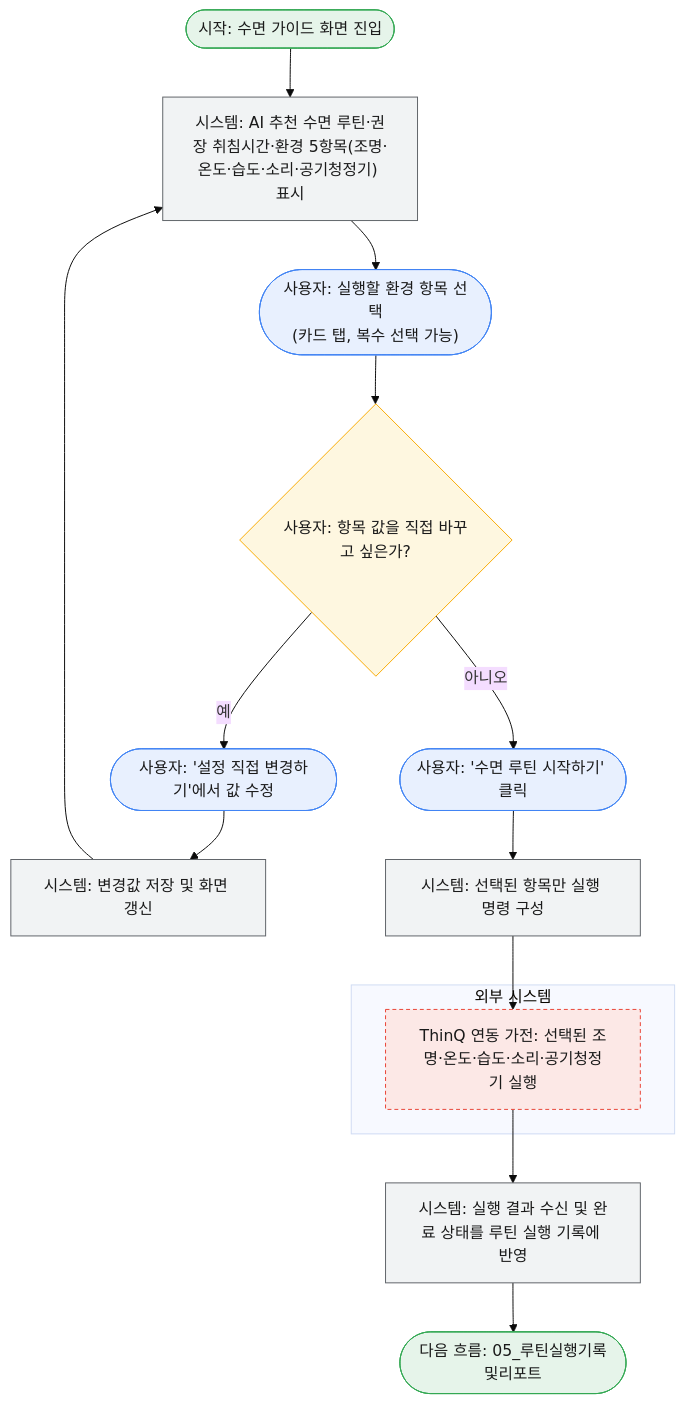
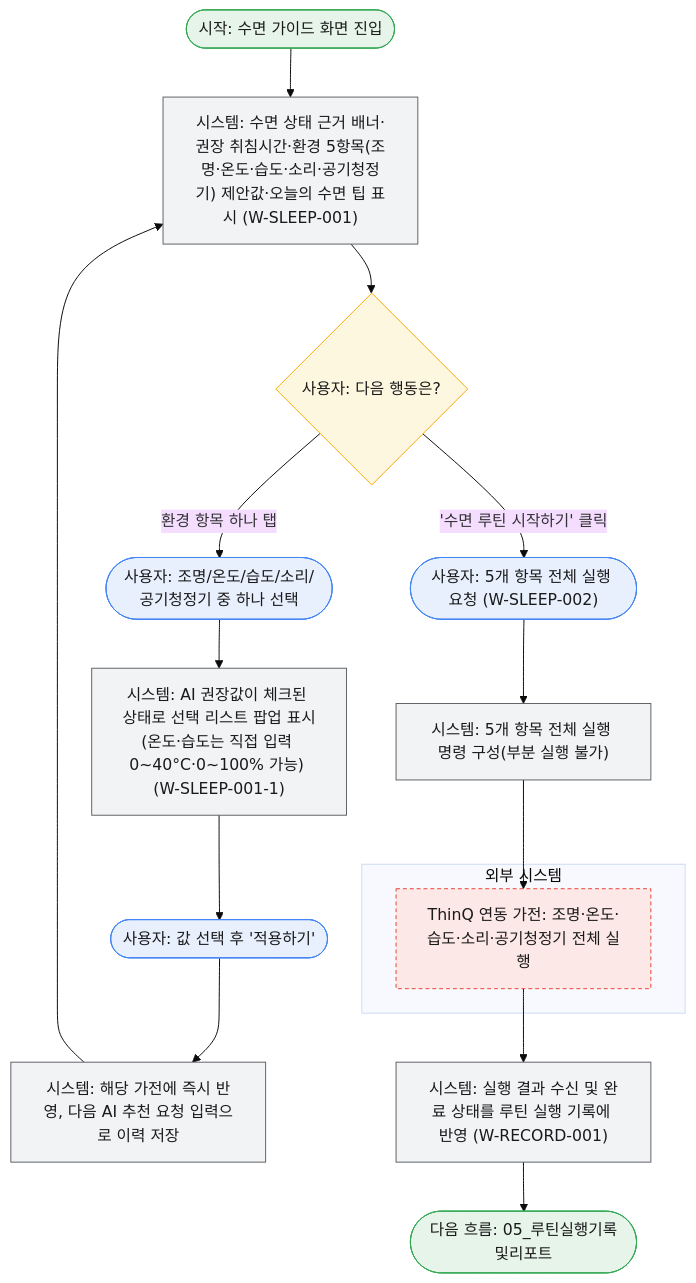
The diagram in docs/서비스흐름도/07_수면가이드흐름.mmd (lgdxDORAEMI/PLM), drawn with Mermaid (base theme) before and after one commit. The commit also changed 11 other files, not shown here.

```diff
--- a/docs/서비스흐름도/07_수면가이드흐름.mmd
+++ b/docs/서비스흐름도/07_수면가이드흐름.mmd
@@ -1,29 +1,31 @@
 %% 서비스 흐름도: 수면 가이드 확인 및 실행
-%% 관련 기능: W-SLEEP-001, W-SLEEP-002, W-RECORD-001 / 관련 UC: UC3, UC6, UC12 (전제: UC3 루틴 생성 완료)
-%% UI 기준: AI가 추천한 5개 환경 항목(조명/온도/습도/소리/공기청정기) 중 사용자가 실행할 항목을 선택(카드 탭)하고,
-%%          '설정 직접 변경하기'로 항목별 값을 수정할 수 있으며, '수면 루틴 시작하기'를 누르면 선택된 항목만 가전에 실행된다.
+%% 관련 기능: W-SLEEP-001(메인화면), W-SLEEP-001-1(환경설정팝업), W-SLEEP-002(전체실행), W-RECORD-001 / 관련 UC: UC3, UC6, UC11, UC12 (전제: UC3 루틴 생성 완료)
+%% UI 기준: AI가 추천한 5개 환경 항목(조명/온도/습도/소리/공기청정기)이 메인 화면에 항상 모두 노출된다.
+%%          항목 하나를 탭하면 그 항목만 값을 바꾸는 하단 팝업(W-SLEEP-001-1)이 뜬다.
+%%          '수면 루틴 시작하기'(W-SLEEP-002)는 5개 항목 전체를 한 번에 실행하며, 일부만 선택해 실행하는 것은 지원하지 않는다.
 flowchart TD
     classDef user fill:#E8F0FE,stroke:#4285F4,color:#1a1a1a;
     classDef system fill:#F1F3F4,stroke:#5f6368,color:#1a1a1a;
     classDef decision fill:#FEF7E0,stroke:#F9AB00,color:#1a1a1a;
     classDef terminal fill:#E6F4EA,stroke:#34A853,color:#1a1a1a;
     classDef external fill:#FCE8E6,stroke:#EA4335,color:#1a1a1a,stroke-dasharray: 4 3;
 
-    Start(["시작: 수면 가이드 화면 진입"]):::terminal --> A["시스템: AI 추천 수면 루틴·권장 취침시간·환경 5항목(조명·온도·습도·소리·공기청정기) 표시"]:::system
-    A --> B(["사용자: 실행할 환경 항목 선택<br/>(카드 탭, 복수 선택 가능)"]):::user
-    B --> C{"사용자: 항목 값을 직접 바꾸고 싶은가?"}:::decision
+    Start(["시작: 수면 가이드 화면 진입"]):::terminal --> A["시스템: 수면 상태 근거 배너·권장 취침시간·환경 5항목(조명·온도·습도·소리·공기청정기) 제안값·오늘의 수면 팁 표시 (W-SLEEP-001)"]:::system
+    A --> B{"사용자: 다음 행동은?"}:::decision
 
-    C -- 예 --> D(["사용자: '설정 직접 변경하기'에서 값 수정"]):::user
-    D --> E["시스템: 변경값 저장 및 화면 갱신"]:::system
-    E --> A
+    B -- 환경 항목 하나 탭 --> P(["사용자: 조명/온도/습도/소리/공기청정기 중 하나 선택"]):::user
+    P --> Q["시스템: AI 권장값이 체크된 상태로 선택 리스트 팝업 표시<br/>(온도·습도는 직접 입력 0~40°C·0~100% 가능) (W-SLEEP-001-1)"]:::system
+    Q --> R(["사용자: 값 선택 후 '적용하기'"]):::user
+    R --> T["시스템: 해당 가전에 즉시 반영, 다음 AI 추천 요청 입력으로 이력 저장"]:::system
+    T --> A
 
-    C -- 아니오 --> F(["사용자: '수면 루틴 시작하기' 클릭"]):::user
-    F --> G["시스템: 선택된 항목만 실행 명령 구성"]:::system
+    B -- '수면 루틴 시작하기' 클릭 --> F(["사용자: 5개 항목 전체 실행 요청 (W-SLEEP-002)"]):::user
+    F --> G["시스템: 5개 항목 전체 실행 명령 구성(부분 실행 불가)"]:::system
 
     subgraph EXT["외부 시스템"]
-        H["ThinQ 연동 가전: 선택된 조명·온도·습도·소리·공기청정기 실행"]:::external
+        H["ThinQ 연동 가전: 조명·온도·습도·소리·공기청정기 전체 실행"]:::external
     end
 
     G --> H
-    H --> I["시스템: 실행 결과 수신 및 완료 상태를 루틴 실행 기록에 반영"]:::system
+    H --> I["시스템: 실행 결과 수신 및 완료 상태를 루틴 실행 기록에 반영 (W-RECORD-001)"]:::system
     I --> End(["다음 흐름: 05_루틴실행기록및리포트"]):::terminal
```
